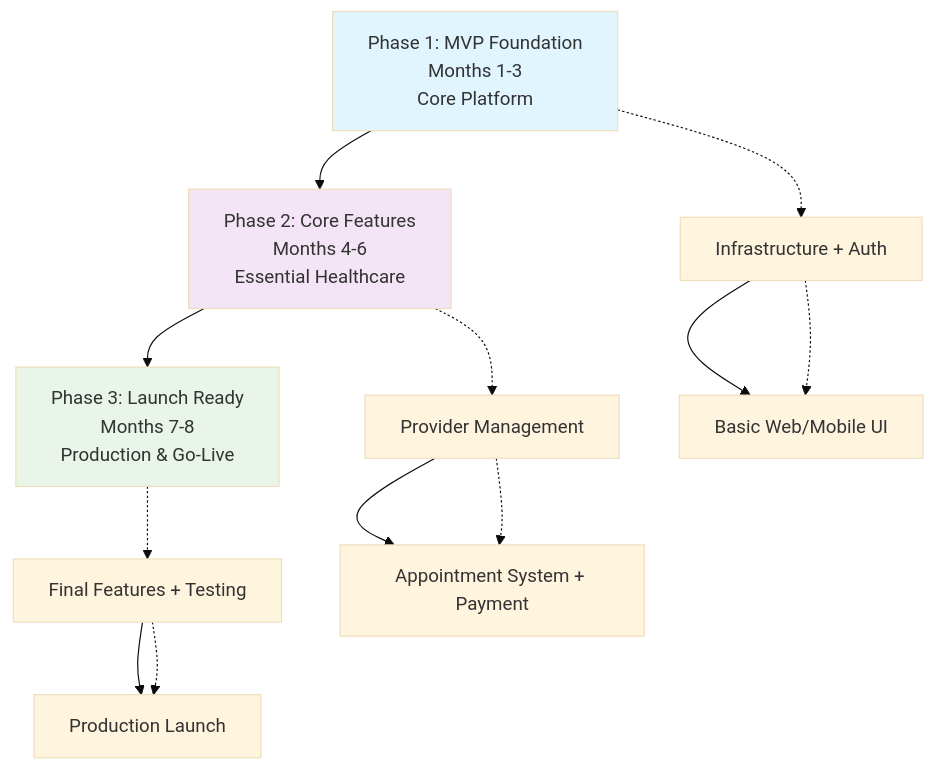
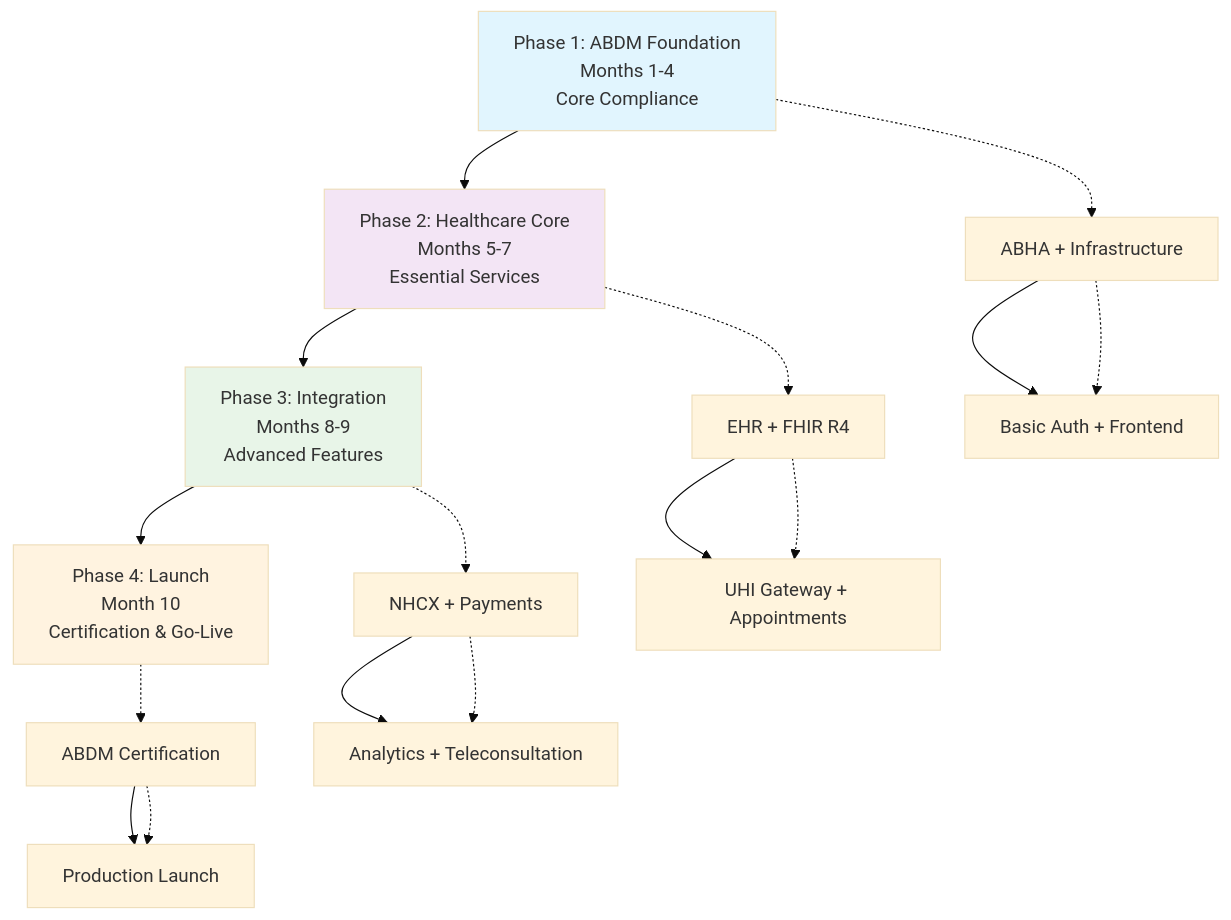
One commit to health-tech-uhi/blueprint changed the second of 11 diagrams in 05-implementation-plan.md. Above: the diagram before and after it, drawn with Mermaid (base theme). The commit also changed other lines of this file and 8 other files, not shown here.

````diff
--- a/05-implementation-plan.md
+++ b/05-implementation-plan.md
@@ -42,22 +55,28 @@
 ```mermaid
 flowchart TD
-    A[Phase 1: MVP Foundation<br/>Months 1-3<br/>Core Platform] --> B[Phase 2: Core Features<br/>Months 4-6<br/>Essential Healthcare]
-    B --> C[Phase 3: Launch Ready<br/>Months 7-8<br/>Production & Go-Live]
+    A[Phase 1: ABDM Foundation<br/>Months 1-4<br/>Core Compliance] --> B[Phase 2: Healthcare Core<br/>Months 5-7<br/>Essential Services]
+    B --> C[Phase 3: Integration<br/>Months 8-9<br/>Advanced Features]
+    C --> D[Phase 4: Launch<br/>Month 10<br/>Certification & Go-Live]
     
-    A1[Infrastructure + Auth] --> A2[Basic Web/Mobile UI]
-    B1[Provider Management] --> B2[Appointment System + Payment]
-    C1[Final Features + Testing] --> C2[Production Launch]
+    A1[ABHA + Infrastructure] --> A2[Basic Auth + Frontend]
+    B1[EHR + FHIR R4] --> B2[UHI Gateway + Appointments]
+    C1[NHCX + Payments] --> C2[Analytics + Teleconsultation]
+    D1[ABDM Certification] --> D2[Production Launch]
     
     A -.-> A1
     A1 -.-> A2
     
     B -.-> B1
     B1 -.-> B2
     
     C -.-> C1
     C1 -.-> C2
     
+    D -.-> D1
+    D1 -.-> D2
+    
     style A fill:#e1f5fe
     style B fill:#f3e5f5
     style C fill:#e8f5e8
+    style D fill:#fff3e0
 ```
````
